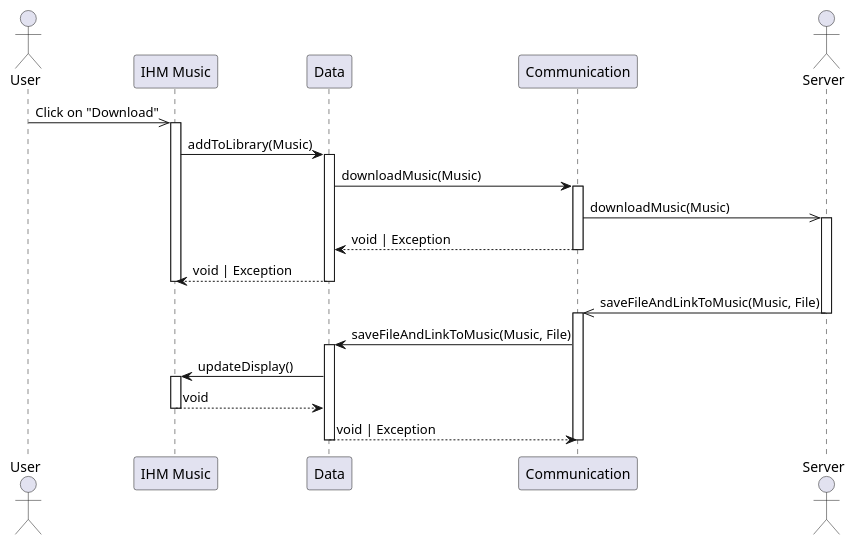
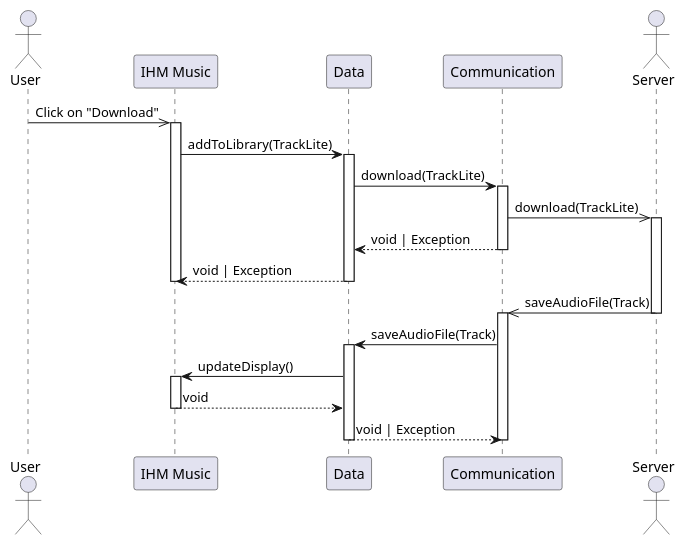
The diagram in sequence/2.2.download_music_client.puml (UTCAI12/Diagrams), drawn with PlantUML before and after one commit. The commit also changed 4 other files, not shown here.

Commit message:
Utilisation des classes du diagramme

```diff
--- a/sequence/2.2.download_music_client.puml
+++ b/sequence/2.2.download_music_client.puml
@@ -1,40 +1,40 @@
 @startuml Download Music (client side)
 actor User
 participant "IHM Music" as IHM
 participant Data
 participant Communication
 actor Server
 
 User ->> IHM : Click on "Download"
 activate IHM
 
-IHM -> Data : addToLibrary(Music)
+IHM -> Data : addToLibrary(TrackLite)
 activate Data
 
-Data -> Communication : downloadMusic(Music)
+Data -> Communication : download(TrackLite)
 activate Communication
-Communication ->> Server : downloadMusic(Music)
+Communication ->> Server : download(TrackLite)
 activate Server
 Communication --> Data : void | Exception
 deactivate Communication
 
 Data --> IHM : void | Exception
 deactivate Data
 deactivate IHM
 
-Server ->> Communication : saveFileAndLinkToMusic(Music, File)
+Server ->> Communication : saveAudioFile(Track)
 deactivate Server
 activate Communication
-Communication -> Data : saveFileAndLinkToMusic(Music, File)
+Communication -> Data : saveAudioFile(Track)
 activate Data
 
 Data -> IHM : updateDisplay()
 activate IHM
 IHM --> Data : void
 deactivate IHM
 
 Data --> Communication : void | Exception
 deactivate Data
 deactivate Communication
 
 @enduml
```
